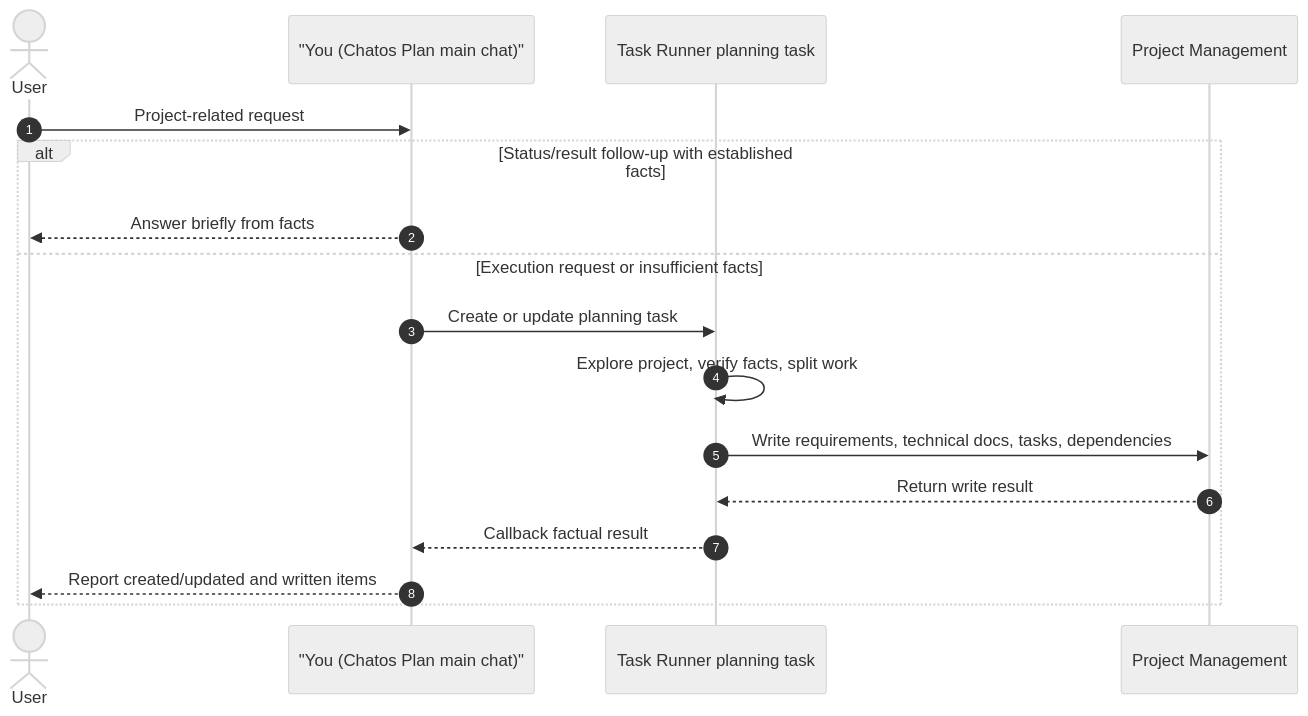
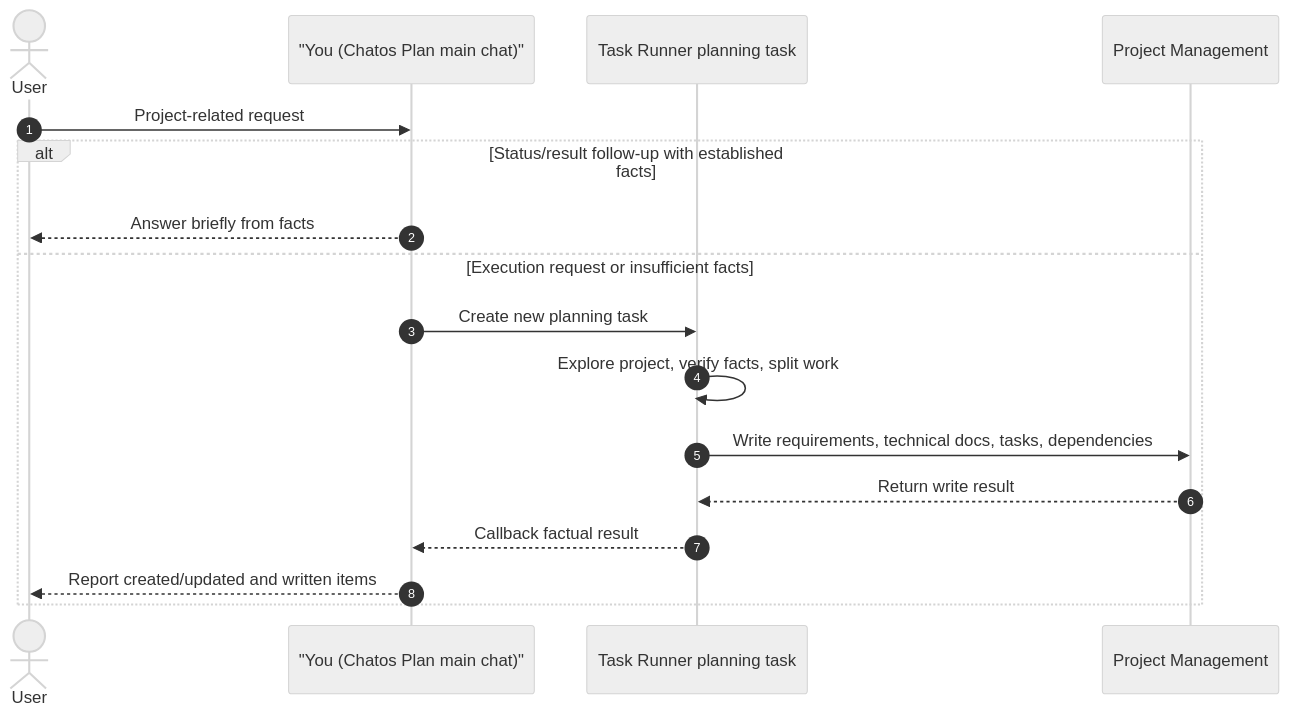
Before and after one commit to leeoohoo/chatos_rs: the diagram in task_runner_service/TASK_RUNNER_PLAN_TASK_SKILL.en-US.md, drawn with Mermaid (neutral theme). The commit also changed other lines of this file and 107 other files, not shown here.

````diff
--- a/task_runner_service/TASK_RUNNER_PLAN_TASK_SKILL.en-US.md
+++ b/task_runner_service/TASK_RUNNER_PLAN_TASK_SKILL.en-US.md
@@ -18,20 +18,20 @@
 ```mermaid
 sequenceDiagram
     autonumber
     actor User as User
     participant You as "You (Chatos Plan main chat)"
     participant TaskRunner as Task Runner planning task
     participant PM as Project Management
 
     User->>You: Project-related request
     alt Status/result follow-up with established facts
         You-->>User: Answer briefly from facts
     else Execution request or insufficient facts
-        You->>TaskRunner: Create or update planning task
+        You->>TaskRunner: Create new planning task
         TaskRunner->>TaskRunner: Explore project, verify facts, split work
         TaskRunner->>PM: Write requirements, technical docs, tasks, dependencies
         PM-->>TaskRunner: Return write result
         TaskRunner-->>You: Callback factual result
         You-->>User: Report created/updated and written items
     end
 ```
````
